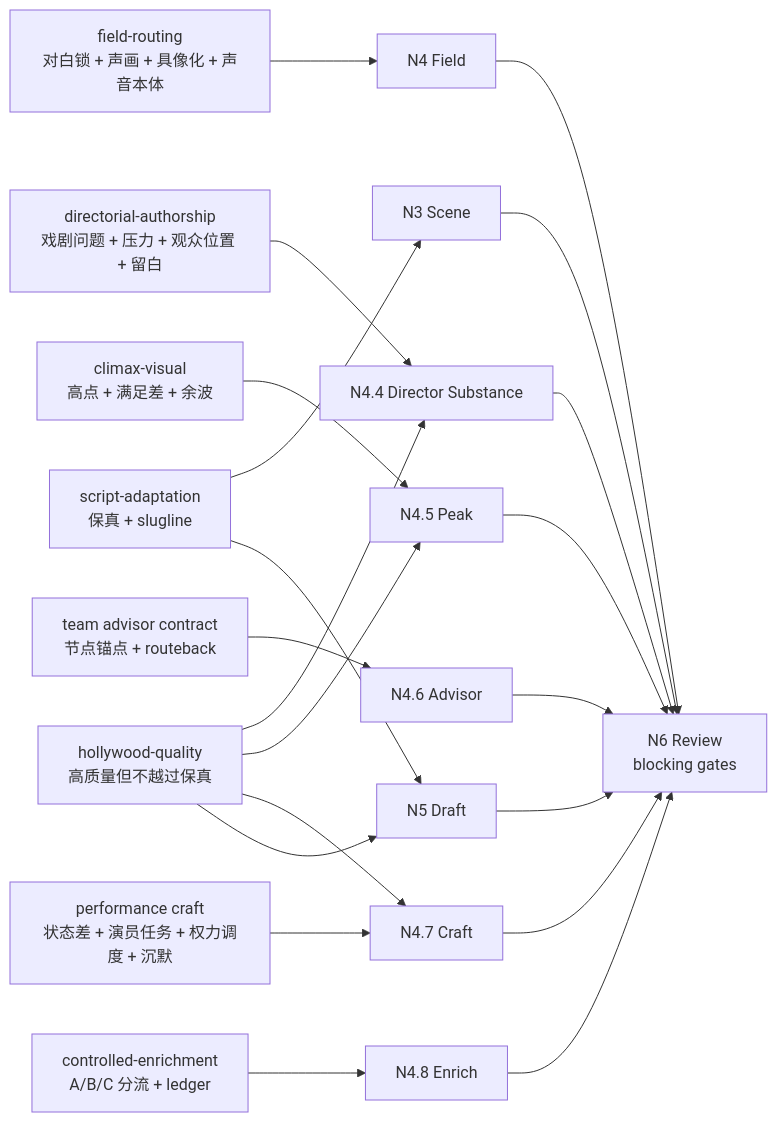
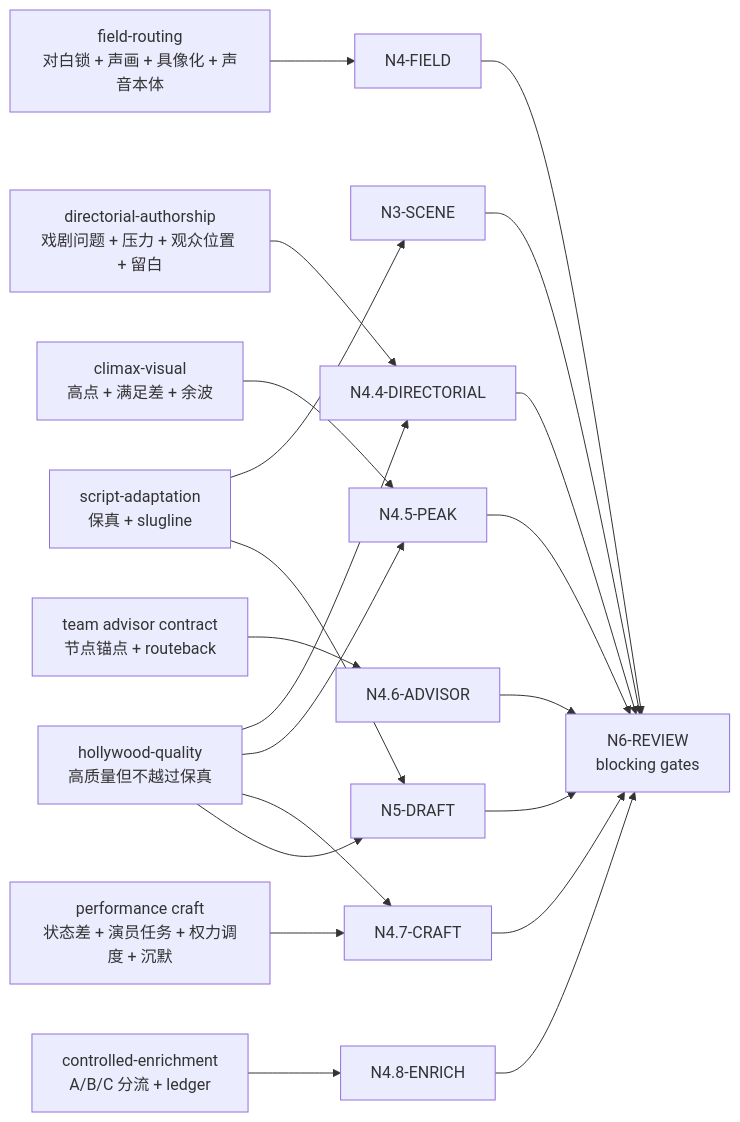
The second of 2 diagrams in .agents/skills/aigc/2-编导/steps/directing-workflow.md (ZEN-VOID/AI-CUT), drawn with Mermaid before and after one commit. The commit also changed other lines of this file and 41 other files, not shown here.

````diff
--- a/.agents/skills/aigc/2-编导/steps/directing-workflow.md
+++ b/.agents/skills/aigc/2-编导/steps/directing-workflow.md
@@ -124,23 +124,23 @@
 ```mermaid
 flowchart LR
-    SA["script-adaptation\n保真 + slugline"] --> N3["N3 Scene"]
-    SA --> N5["N5 Draft"]
-    FV["field-routing\n对白锁 + 声画 + 具像化 + 声音本体"] --> N4["N4 Field"]
-    DA["directorial-authorship\n戏剧问题 + 压力 + 观众位置 + 留白"] --> N44["N4.4 Director Substance"]
-    CL["climax-visual\n高点 + 满足差 + 余波"] --> N45["N4.5 Peak"]
-    AD["team advisor contract\n节点锚点 + routeback"] --> N46["N4.6 Advisor"]
-    PC["performance craft\n状态差 + 演员任务 + 权力调度 + 沉默"] --> N47["N4.7 Craft"]
-    CE["controlled-enrichment\nA/B/C 分流 + ledger"] --> N48["N4.8 Enrich"]
+    SA["script-adaptation\n保真 + slugline"] --> N3["N3-SCENE"]
+    SA --> N5["N5-DRAFT"]
+    FV["field-routing\n对白锁 + 声画 + 具像化 + 声音本体"] --> N4["N4-FIELD"]
+    DA["directorial-authorship\n戏剧问题 + 压力 + 观众位置 + 留白"] --> N44["N4.4-DIRECTORIAL"]
+    CL["climax-visual\n高点 + 满足差 + 余波"] --> N45["N4.5-PEAK"]
+    AD["team advisor contract\n节点锚点 + routeback"] --> N46["N4.6-ADVISOR"]
+    PC["performance craft\n状态差 + 演员任务 + 权力调度 + 沉默"] --> N47["N4.7-CRAFT"]
+    CE["controlled-enrichment\nA/B/C 分流 + ledger"] --> N48["N4.8-ENRICH"]
     HQ["hollywood-quality\n高质量但不越过保真"] --> N44
     HQ --> N45
     HQ --> N47
     HQ --> N5
-    N3 --> RV["N6 Review\nblocking gates"]
+    N3 --> RV["N6-REVIEW\nblocking gates"]
     N4 --> RV
     N44 --> RV
     N45 --> RV
     N46 --> RV
     N47 --> RV
     N48 --> RV
     N5 --> RV
 ```
````
